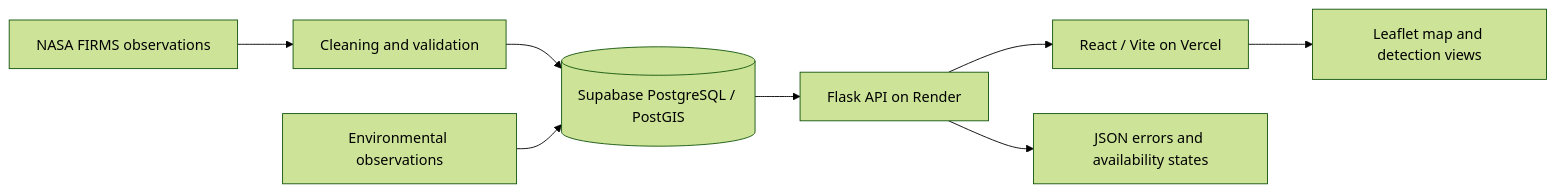
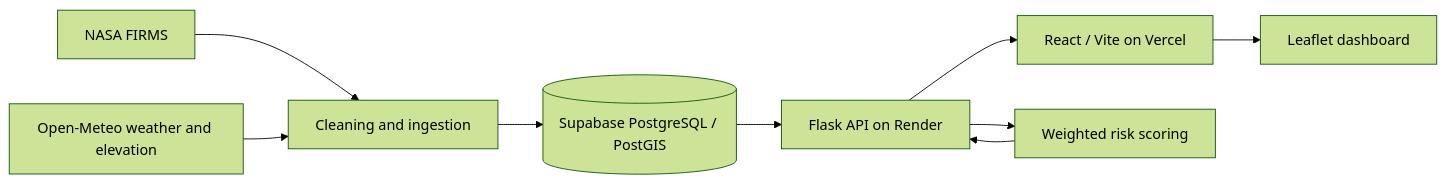
The diagram in README.md (FariaSamanta/EMBERWATCH), drawn with Mermaid (forest theme) before and after one commit. The commit also changed other lines of this file, not shown here.

````diff
--- a/README.md
+++ b/README.md
@@ -717,10 +44,11 @@
 ```mermaid
 flowchart LR
-    FIRMS[NASA FIRMS observations] --> CLEAN[Cleaning and validation]
-    CLEAN --> DB[(Supabase PostgreSQL / PostGIS)]
-    DB --> API[Flask API on Render]
-    API --> UI[React / Vite on Vercel]
-    UI --> MAP[Leaflet map and detection views]
-    ENV[Environmental observations] --> DB
-    API --> ERR[JSON errors and availability states]
+  FIRMS[NASA FIRMS] --> INGEST[Cleaning and ingestion]
+  METEO[Open-Meteo weather and elevation] --> INGEST
+  INGEST --> DB[(Supabase PostgreSQL / PostGIS)]
+  DB --> API[Flask API on Render]
+  API --> UI[React / Vite on Vercel]
+  UI --> MAP[Leaflet dashboard]
+  API --> MODEL[Weighted risk scoring]
+  MODEL --> API
 ```
````
